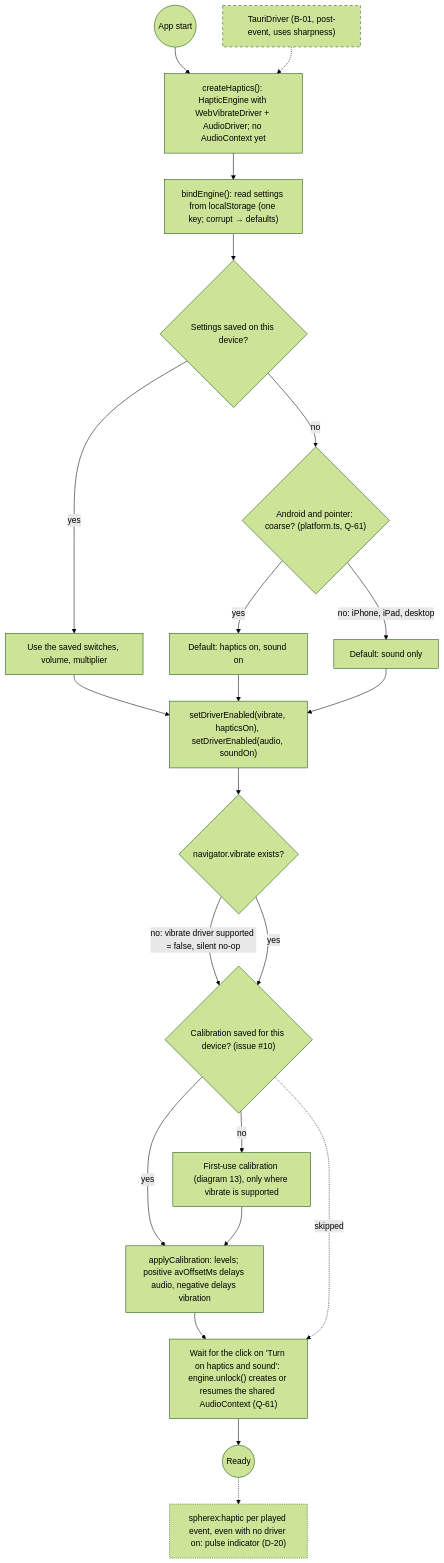
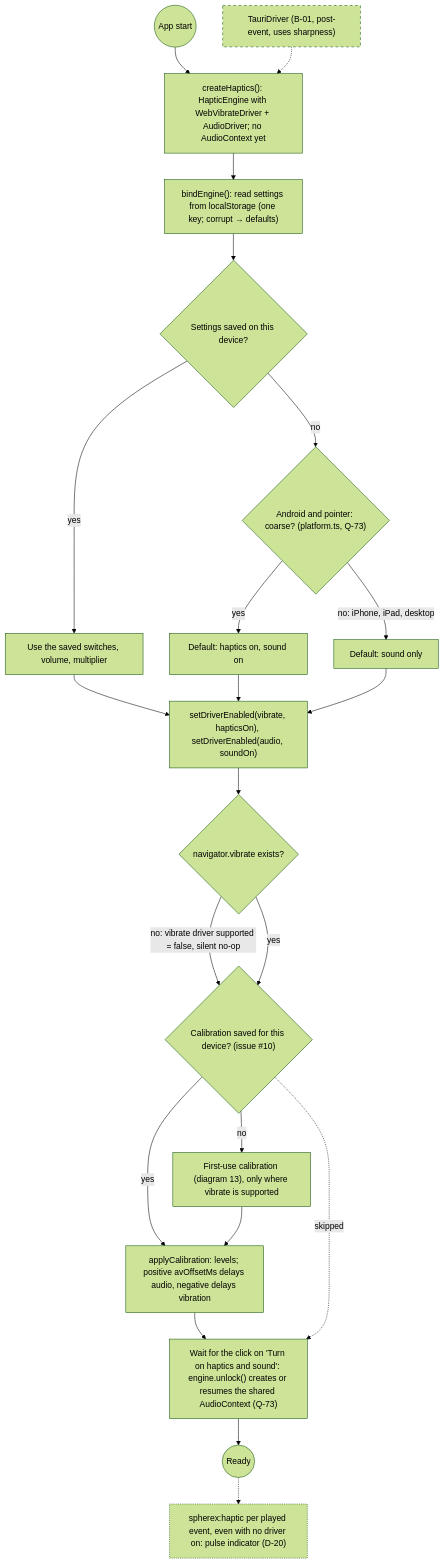
One commit to 0ffrian/SphereX changed the diagram in docs/uml/19-activity-haptic-driver-select.md. Above: the diagram before and after it, drawn with Mermaid (forest theme). The commit also changed other lines of this file and 14 other files, not shown here.

````diff
--- a/docs/uml/19-activity-haptic-driver-select.md
+++ b/docs/uml/19-activity-haptic-driver-select.md
@@ -5,29 +5,29 @@
 ```mermaid
 flowchart TD
   Start(("App start")) --> Create["createHaptics(): HapticEngine with WebVibrateDriver + AudioDriver; no AudioContext yet"]
   Create --> Bind["bindEngine(): read settings from localStorage (one key; corrupt → defaults)"]
   Bind --> Saved{"Settings saved on this device?"}
   Saved -->|yes| UseSaved["Use the saved switches, volume, multiplier"]
-  Saved -->|no| Plat{"Android and pointer: coarse? (platform.ts, Q-61)"}
+  Saved -->|no| Plat{"Android and pointer: coarse? (platform.ts, Q-73)"}
   Plat -->|yes| BothOn["Default: haptics on, sound on"]
   Plat -->|"no: iPhone, iPad, desktop"| SoundOnly["Default: sound only"]
   UseSaved --> Enable
   BothOn --> Enable
   SoundOnly --> Enable
   Enable["setDriverEnabled(vibrate, hapticsOn), setDriverEnabled(audio, soundOn)"] --> VibQ{"navigator.vibrate exists?"}
   VibQ -->|"no: vibrate driver supported = false, silent no-op"| Cal
   VibQ -->|yes| Cal{"Calibration saved for this device? (issue #10)"}
   Cal -->|yes| Apply["applyCalibration: levels; positive avOffsetMs delays audio, negative delays vibration"]
   Cal -->|no| RunCal["First-use calibration (diagram 13), only where vibrate is supported"]
   RunCal --> Apply
   Apply --> Gesture
   Cal -.->|"skipped"| Gesture
-  Gesture["Wait for the click on 'Turn on haptics and sound': engine.unlock() creates or resumes the shared AudioContext (Q-61)"] --> Ready(("Ready"))
+  Gesture["Wait for the click on 'Turn on haptics and sound': engine.unlock() creates or resumes the shared AudioContext (Q-73)"] --> Ready(("Ready"))
   Ready -.-> Debug["spherex:haptic per played event, even with no driver on: pulse indicator (D-20)"]
   Tauri["TauriDriver (B-01, post-event, uses sharpness)"] -.-> Create
 
   classDef post stroke-dasharray: 5 5
   class Tauri post
   classDef debug stroke-dasharray: 2 2
   class Debug debug
 ```
````
